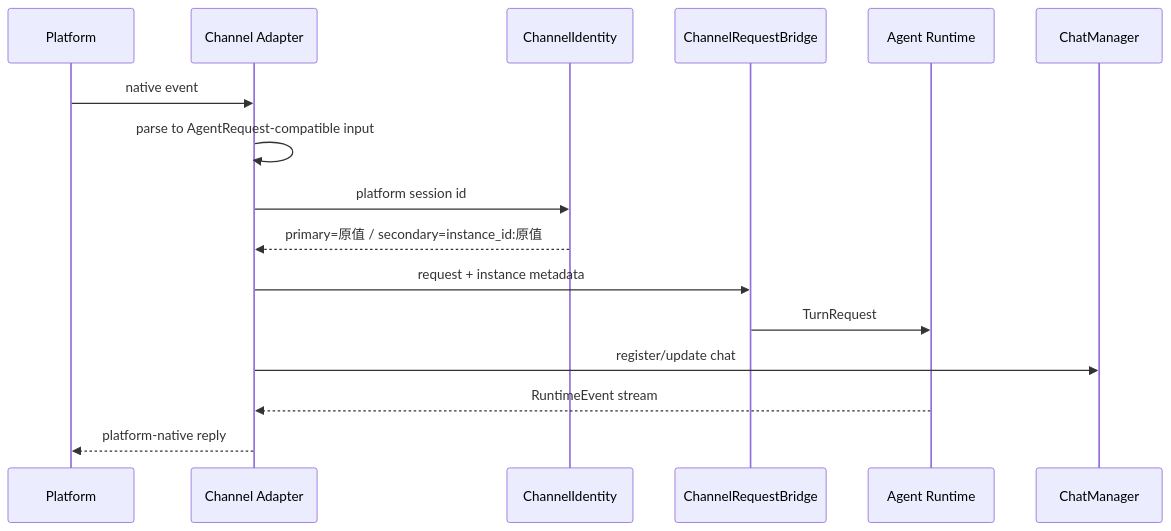
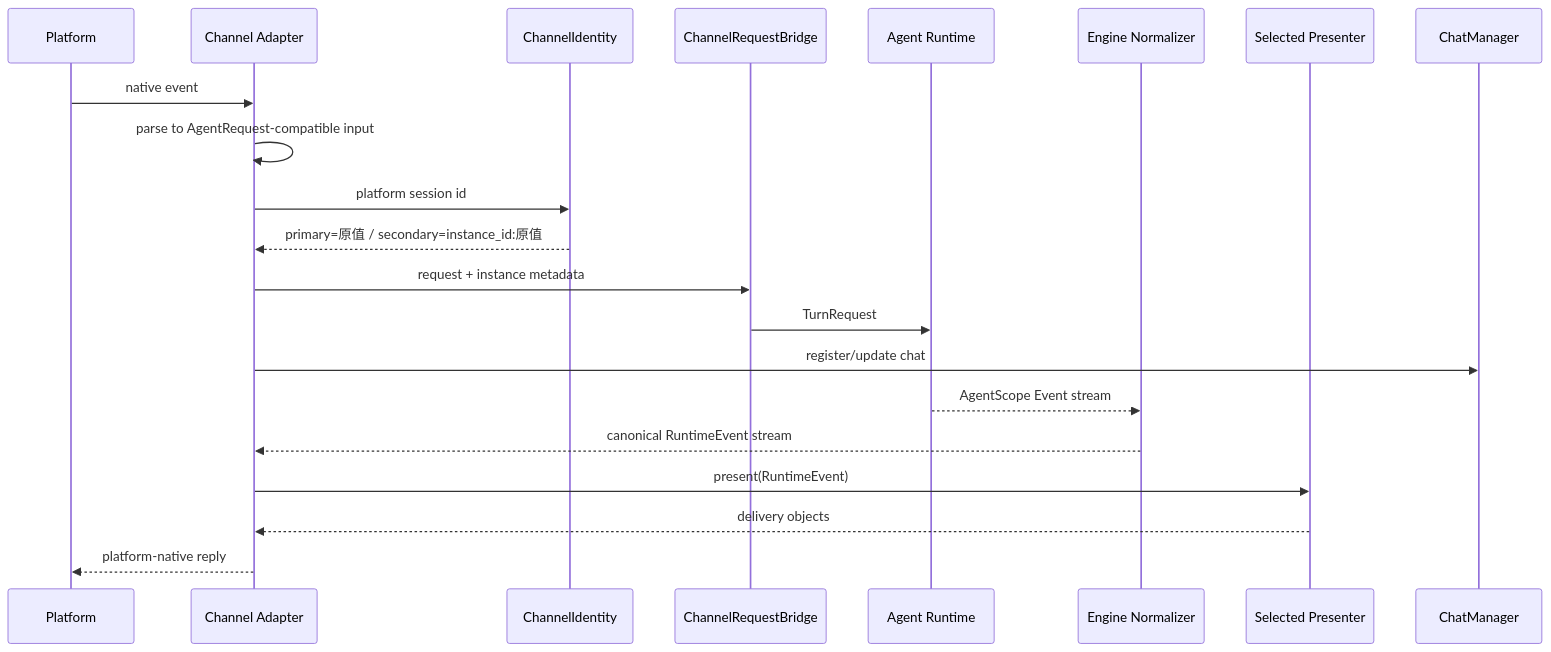
One commit to zhijianma/CoPaw changed the fifth of 7 diagrams in docs/design/channel-agent-runtime-v5.md. Above: the diagram before and after it, drawn with Mermaid. The commit also changed other lines of this file and 37 other files, not shown here.

````diff
--- a/docs/design/channel-agent-runtime-v5.md
+++ b/docs/design/channel-agent-runtime-v5.md
@@ -235,19 +309,24 @@
 ```mermaid
 sequenceDiagram
     participant P as Platform
     participant A as Channel Adapter
     participant I as ChannelIdentity
     participant B as ChannelRequestBridge
     participant R as Agent Runtime
+    participant N as Engine Normalizer
+    participant PR as Selected Presenter
     participant C as ChatManager
 
     P->>A: native event
     A->>A: parse to AgentRequest-compatible input
     A->>I: platform session id
     I-->>A: primary=原值 / secondary=instance_id:原值
     A->>B: request + instance metadata
     B->>R: TurnRequest
     A->>C: register/update chat
-    R-->>A: RuntimeEvent stream
+    R-->>N: AgentScope Event stream
+    N-->>A: canonical RuntimeEvent stream
+    A->>PR: present(RuntimeEvent)
+    PR-->>A: delivery objects
     A-->>P: platform-native reply
 ```
````
